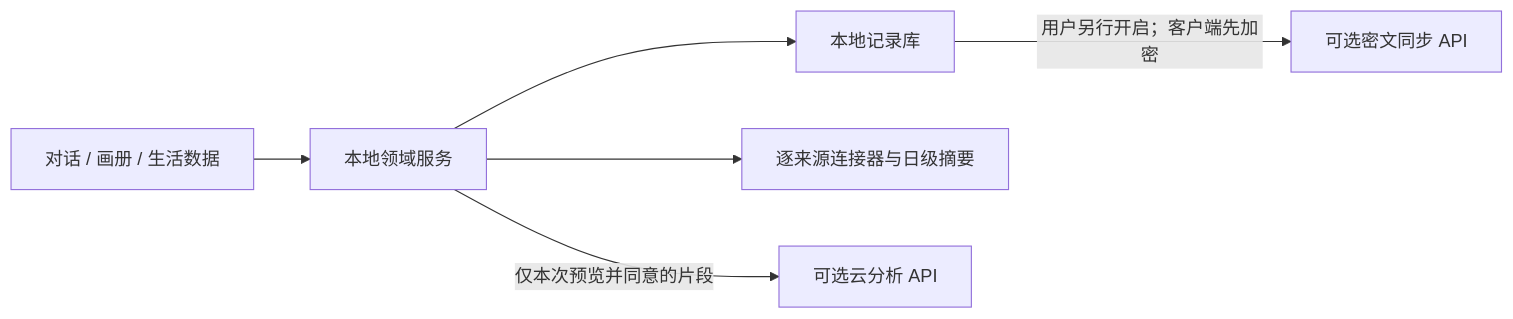
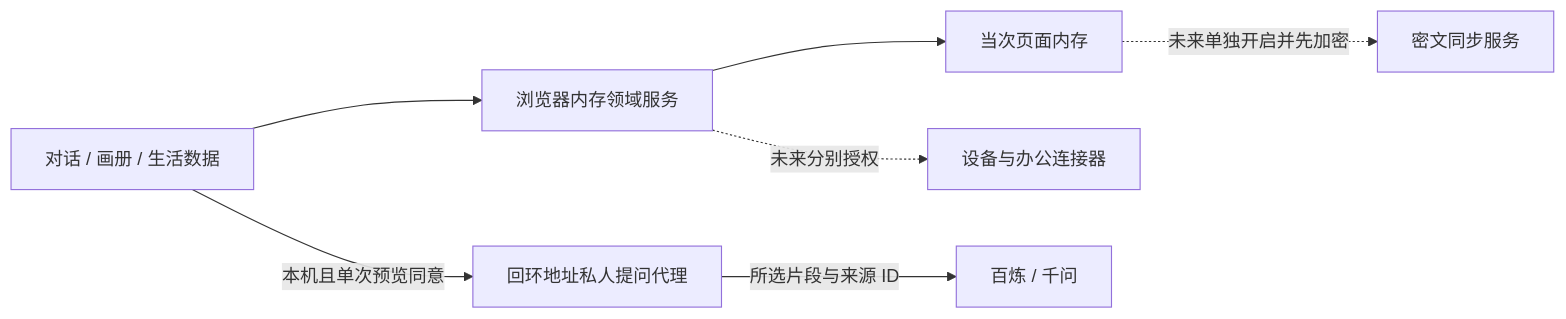
The diagram in docs/architecture/README.md (cyxhrh/soul-album), drawn with Mermaid before and after one commit. The commit also changed other lines of this file and 29 other files, not shown here.

````diff
--- a/docs/architecture/README.md
+++ b/docs/architecture/README.md
@@ -7,8 +7,9 @@
 ```mermaid
 flowchart LR
-  UI[对话 / 画册 / 生活数据] --> D[本地领域服务]
-  D --> L[本地记录库]
-  D --> S[逐来源连接器与日级摘要]
-  D -->|仅本次预览并同意的片段| A[可选云分析 API]
-  L -->|用户另行开启；客户端先加密| C[可选密文同步 API]
+  UI[对话 / 画册 / 生活数据] --> D[浏览器内存领域服务]
+  D --> L[当次页面内存]
+  UI -->|本机且单次预览同意| P[回环地址私人提问代理]
+  P -->|所选片段与来源 ID| A[百炼 / 千问]
+  D -. 未来分别授权 .-> S[设备与办公连接器]
+  L -. 未来单独开启并先加密 .-> C[密文同步服务]
 ```
````
